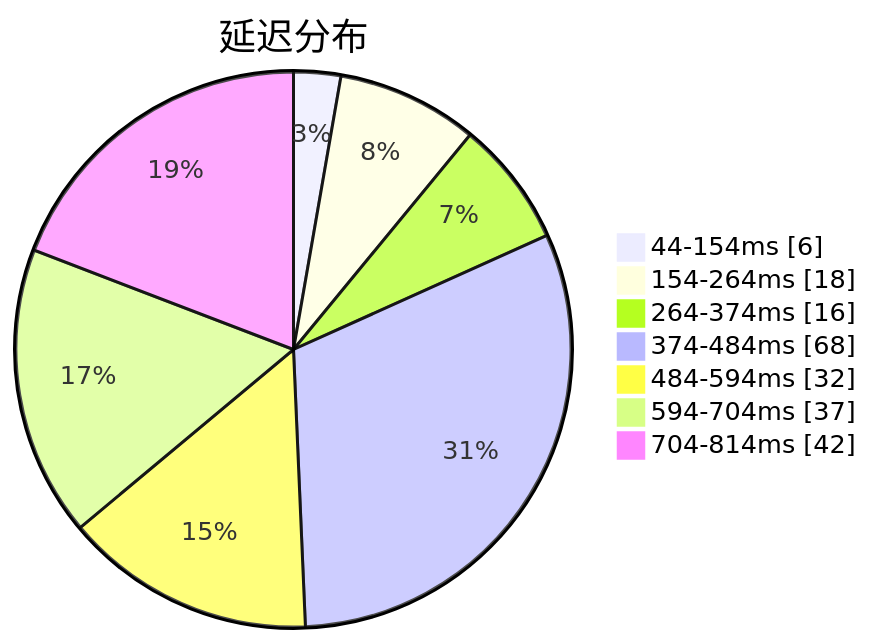
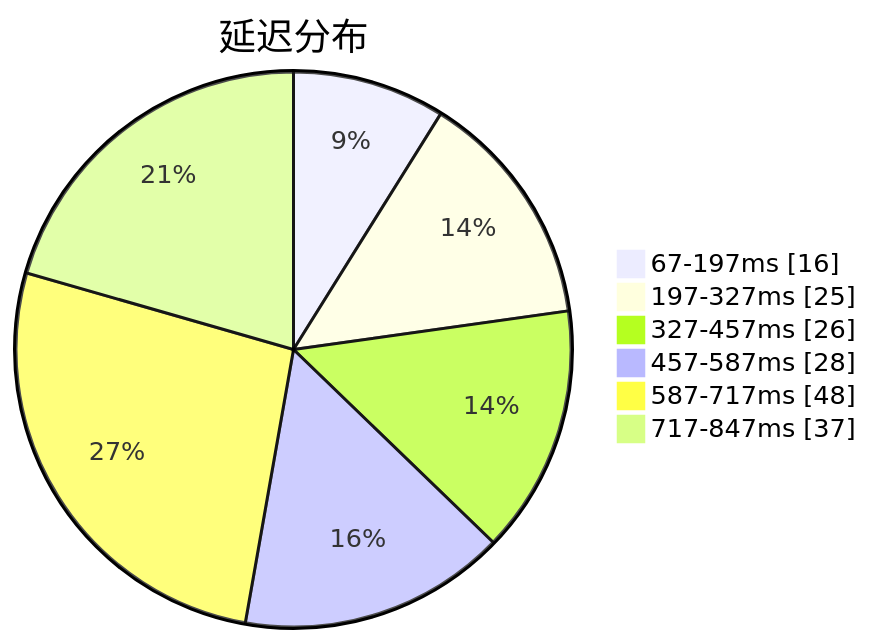
The first of 3 diagrams in subs/statistics/tested_within.md (sinspired/airport), drawn with Mermaid before and after one commit. The commit also changed other lines of this file and 2 other files, not shown here.

````diff
--- a/subs/statistics/tested_within.md
+++ b/subs/statistics/tested_within.md
@@ -2,11 +2,10 @@
 ```mermaid
 pie showData
 title 延迟分布
-"44-154ms" : 6
-"154-264ms" : 18
-"264-374ms" : 16
-"374-484ms" : 68
-"484-594ms" : 32
-"594-704ms" : 37
-"704-814ms" : 42
+"67-197ms" : 16
+"197-327ms" : 25
+"327-457ms" : 26
+"457-587ms" : 28
+"587-717ms" : 48
+"717-847ms" : 37
 ```
````
